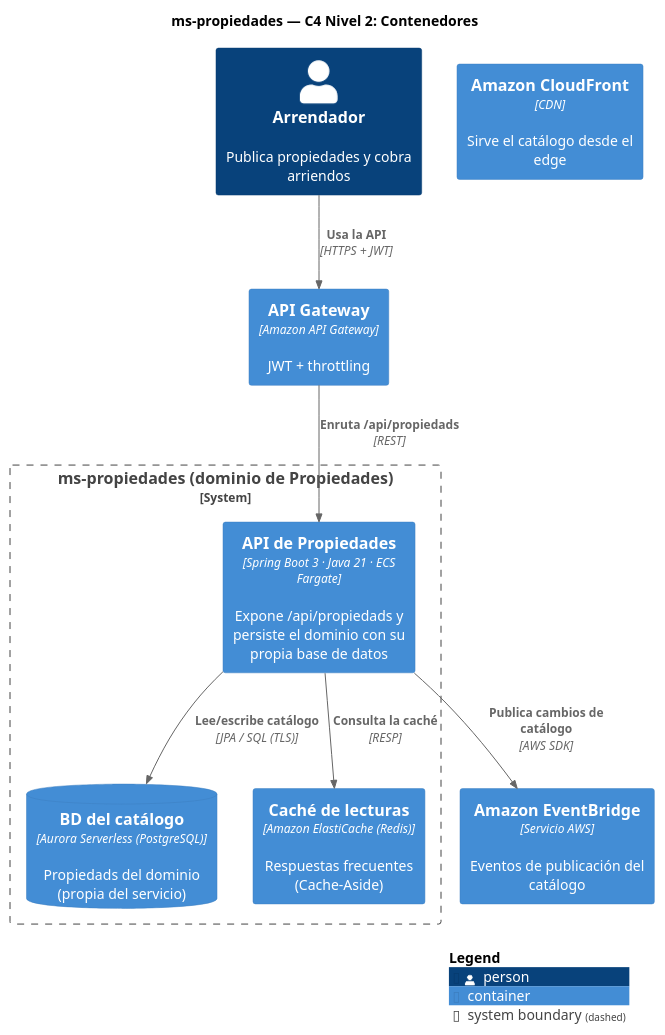
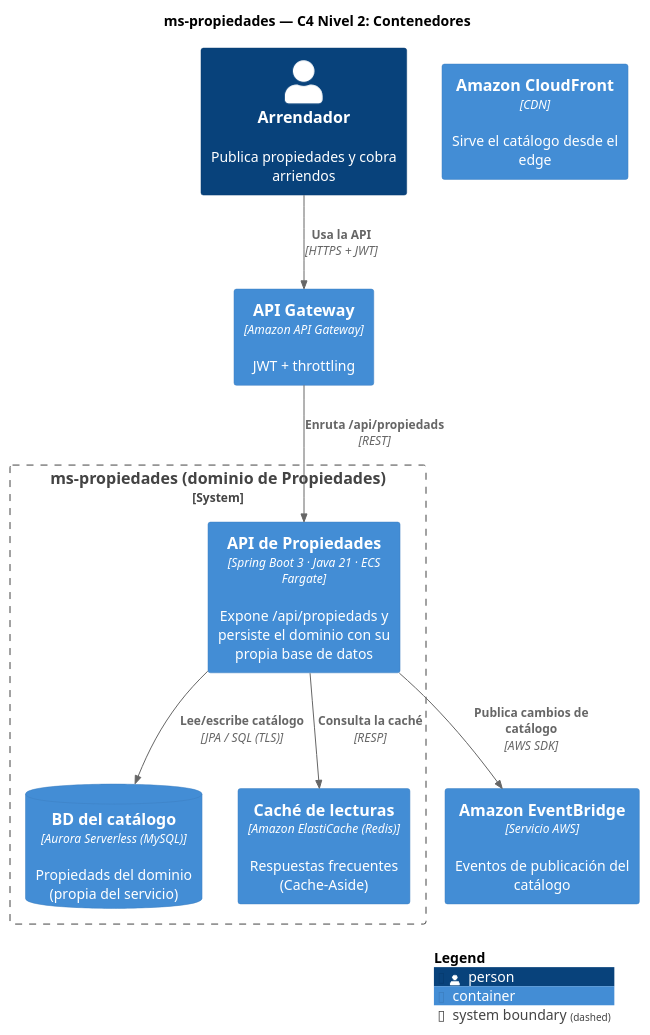
The diagram in docs/diagramas/c4/C4-2-Contenedores.puml (RodrigoCruz07/propiedades-EP01), drawn with PlantUML before and after one commit. The commit also changed 14 other files, not shown here.

```diff
--- a/docs/diagramas/c4/C4-2-Contenedores.puml
+++ b/docs/diagramas/c4/C4-2-Contenedores.puml
@@ -1,26 +1,26 @@
 @startuml C4-2-Contenedores
 !include <C4/C4_Container>
 
 title ms-propiedades — C4 Nivel 2: Contenedores
 
 LAYOUT_WITH_LEGEND()
 
 Person(actor, "Arrendador", "Publica propiedades y cobra arriendos")
 System_Boundary(sb, "ms-propiedades (dominio de Propiedades)") {
   Container(api, "API de Propiedades", "Spring Boot 3 · Java 21 · ECS Fargate", "Expone /api/propiedads y persiste el dominio con su propia base de datos")
-  ContainerDb(db, "BD del catálogo", "Aurora Serverless (PostgreSQL)", "Propiedads del dominio (propia del servicio)")
+  ContainerDb(db, "BD del catálogo", "Aurora Serverless (MySQL)", "Propiedads del dominio (propia del servicio)")
   Container(cache, "Caché de lecturas", "Amazon ElastiCache (Redis)", "Respuestas frecuentes (Cache-Aside)")
 }
 
 Container(apigw, "API Gateway", "Amazon API Gateway", "JWT + throttling")
 Container(cdn, "Amazon CloudFront", "CDN", "Sirve el catálogo desde el edge")
 Container(ev, "Amazon EventBridge", "Servicio AWS", "Eventos de publicación del catálogo")
 
 Rel(actor, apigw, "Usa la API", "HTTPS + JWT")
 Rel(apigw, api, "Enruta /api/propiedads", "REST")
 Rel(api, cache, "Consulta la caché", "RESP")
 Rel(api, db, "Lee/escribe catálogo", "JPA / SQL (TLS)")
 Rel(api, ev, "Publica cambios de catálogo", "AWS SDK")
 
 SHOW_LEGEND()
 @enduml
```
